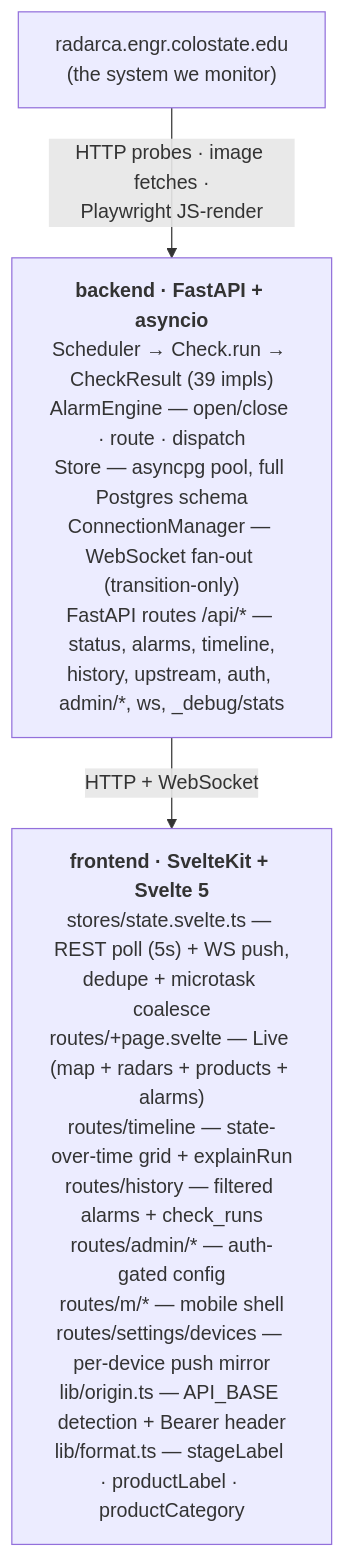
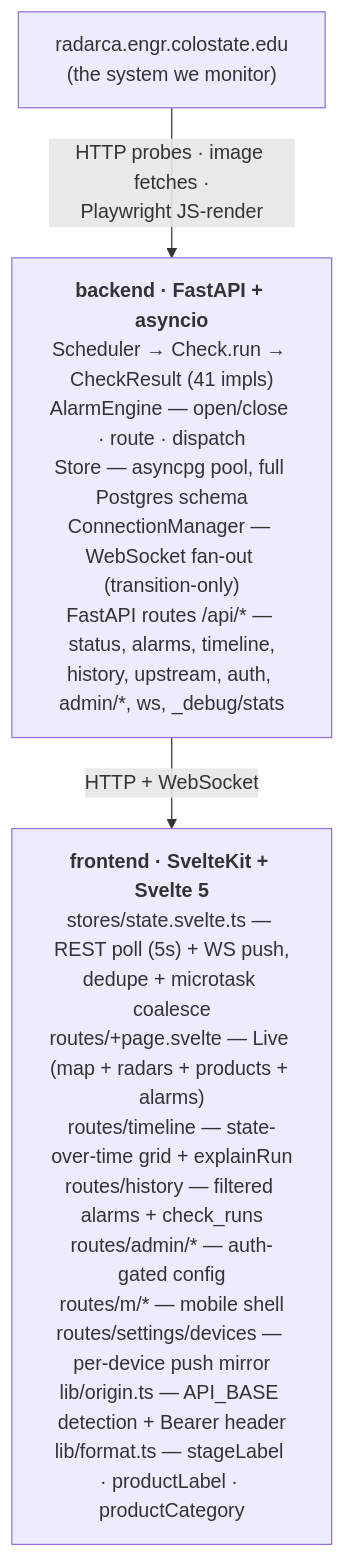
One commit to jkmesches/AQPI-Sentinel changed the first of 2 diagrams in docs/ARCHITECTURE.md. Above: the diagram before and after it, drawn with Mermaid. The commit also changed 4 other files, not shown here.

````diff
--- a/docs/ARCHITECTURE.md
+++ b/docs/ARCHITECTURE.md
@@ -11,9 +11,9 @@
 ```mermaid
 flowchart TB
     upstream["radarca.engr.colostate.edu<br/>(the system we monitor)"]
-    backend["<b>backend · FastAPI + asyncio</b><br/>Scheduler → Check.run → CheckResult (39 impls)<br/>AlarmEngine — open/close · route · dispatch<br/>Store — asyncpg pool, full Postgres schema<br/>ConnectionManager — WebSocket fan-out (transition-only)<br/>FastAPI routes /api/* — status, alarms, timeline,<br/>history, upstream, auth, admin/*, ws, _debug/stats"]
+    backend["<b>backend · FastAPI + asyncio</b><br/>Scheduler → Check.run → CheckResult (41 impls)<br/>AlarmEngine — open/close · route · dispatch<br/>Store — asyncpg pool, full Postgres schema<br/>ConnectionManager — WebSocket fan-out (transition-only)<br/>FastAPI routes /api/* — status, alarms, timeline,<br/>history, upstream, auth, admin/*, ws, _debug/stats"]
     frontend["<b>frontend · SvelteKit + Svelte 5</b><br/>stores/state.svelte.ts — REST poll (5s) + WS push,<br/>dedupe + microtask coalesce<br/>routes/+page.svelte — Live (map + radars + products + alarms)<br/>routes/timeline — state-over-time grid + explainRun<br/>routes/history — filtered alarms + check_runs<br/>routes/admin/* — auth-gated config<br/>routes/m/* — mobile shell<br/>routes/settings/devices — per-device push mirror<br/>lib/origin.ts — API_BASE detection + Bearer header<br/>lib/format.ts — stageLabel · productLabel · productCategory"]
 
     upstream -- "HTTP probes · image fetches ·<br/>Playwright JS-render" --> backend
     backend -- "HTTP + WebSocket" --> frontend
 ```
````
